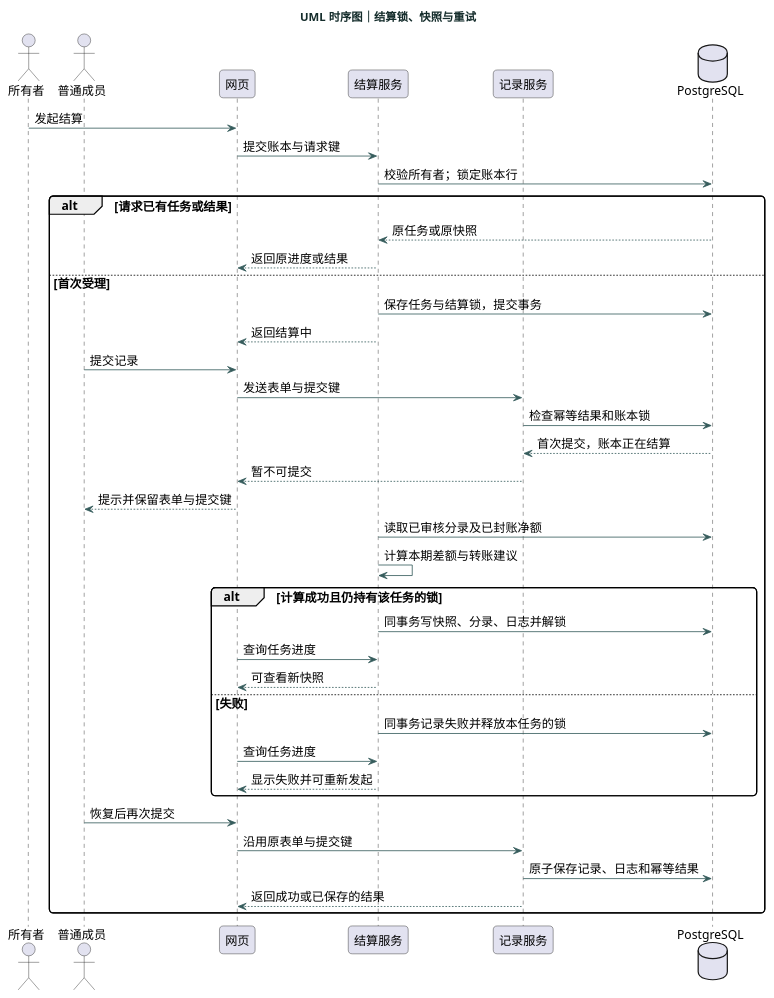
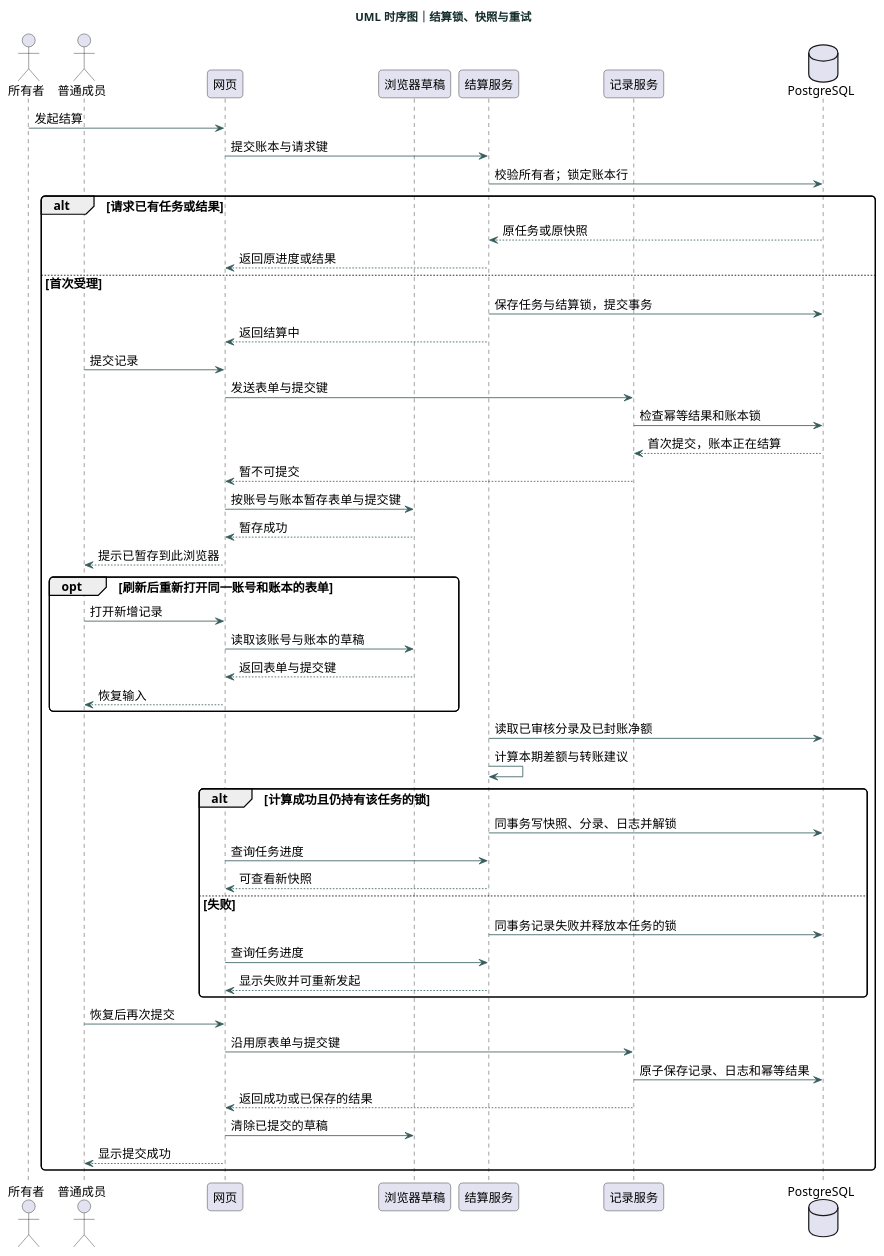
One commit to bukejiegg/2026-se-lab changed the diagram in 实验二/UML/UML时序图.puml. Above: the diagram before and after it, drawn with PlantUML. The commit also changed 5 other files, not shown here.

```diff
--- a/实验二/UML/UML时序图.puml
+++ b/实验二/UML/UML时序图.puml
@@ -1,48 +1,59 @@
 @startuml
 skinparam defaultFontName Microsoft YaHei
 skinparam defaultFontSize 15
 skinparam backgroundColor #FFFFFF
 skinparam shadowing false
 skinparam ArrowColor #365C5C
 skinparam titleFontColor #142C2B
 skinparam packageStyle rectangle
 skinparam roundcorner 10
 title UML 时序图｜结算锁、快照与重试
 actor 所有者 as O
 actor 普通成员 as M
 participant 网页 as UI
+participant "浏览器草稿" as Local
 participant 结算服务 as S
 participant 记录服务 as R
 database PostgreSQL as DB
 O -> UI : 发起结算
 UI -> S : 提交账本与请求键
 S -> DB : 校验所有者；锁定账本行
 alt 请求已有任务或结果
   DB --> S : 原任务或原快照
   S --> UI : 返回原进度或结果
 else 首次受理
   S -> DB : 保存任务与结算锁，提交事务
   S --> UI : 返回结算中
   M -> UI : 提交记录
   UI -> R : 发送表单与提交键
   R -> DB : 检查幂等结果和账本锁
   DB --> R : 首次提交，账本正在结算
   R --> UI : 暂不可提交
-  UI --> M : 提示并保留表单与提交键
+  UI -> Local : 按账号与账本暂存表单与提交键
+  Local --> UI : 暂存成功
+  UI --> M : 提示已暂存到此浏览器
+  opt 刷新后重新打开同一账号和账本的表单
+    M -> UI : 打开新增记录
+    UI -> Local : 读取该账号与账本的草稿
+    Local --> UI : 返回表单与提交键
+    UI --> M : 恢复输入
+  end
   S -> DB : 读取已审核分录及已封账净额
   S -> S : 计算本期差额与转账建议
   alt 计算成功且仍持有该任务的锁
     S -> DB : 同事务写快照、分录、日志并解锁
     UI -> S : 查询任务进度
     S --> UI : 可查看新快照
   else 失败
     S -> DB : 同事务记录失败并释放本任务的锁
     UI -> S : 查询任务进度
     S --> UI : 显示失败并可重新发起
   end
   M -> UI : 恢复后再次提交
   UI -> R : 沿用原表单与提交键
   R -> DB : 原子保存记录、日志和幂等结果
   R --> UI : 返回成功或已保存的结果
+  UI -> Local : 清除已提交的草稿
+  UI --> M : 显示提交成功
 end
 @enduml
```
